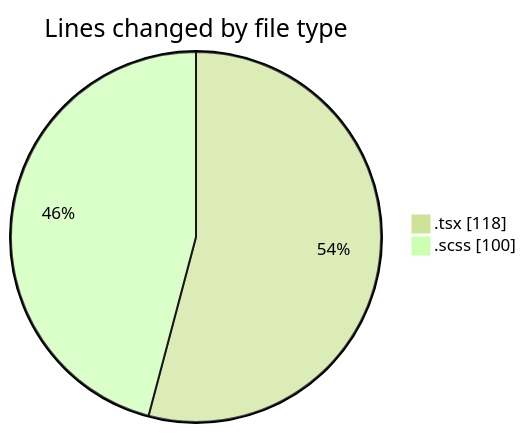
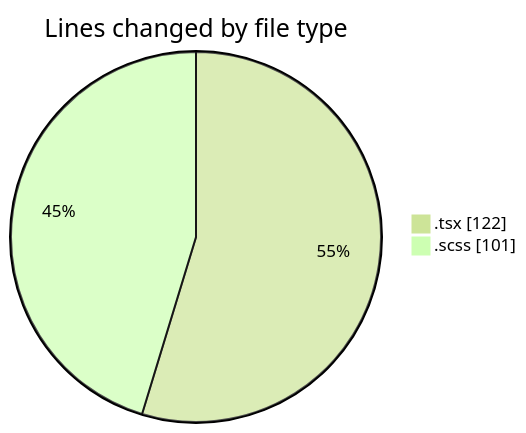
The first of 2 diagrams in 2026-04-16/cda/README.md (momahboobian/code-tracking), drawn with Mermaid (forest theme) before and after one commit. The commit also changed other lines of this file and 1 other file, not shown here.

````diff
--- a/2026-04-16/cda/README.md
+++ b/2026-04-16/cda/README.md
@@ -22,6 +22,6 @@
 ```mermaid
 pie showData
 title Lines changed by file type
-".tsx" : 118
-".scss" : 100
+".tsx" : 122
+".scss" : 101
 ```
````
